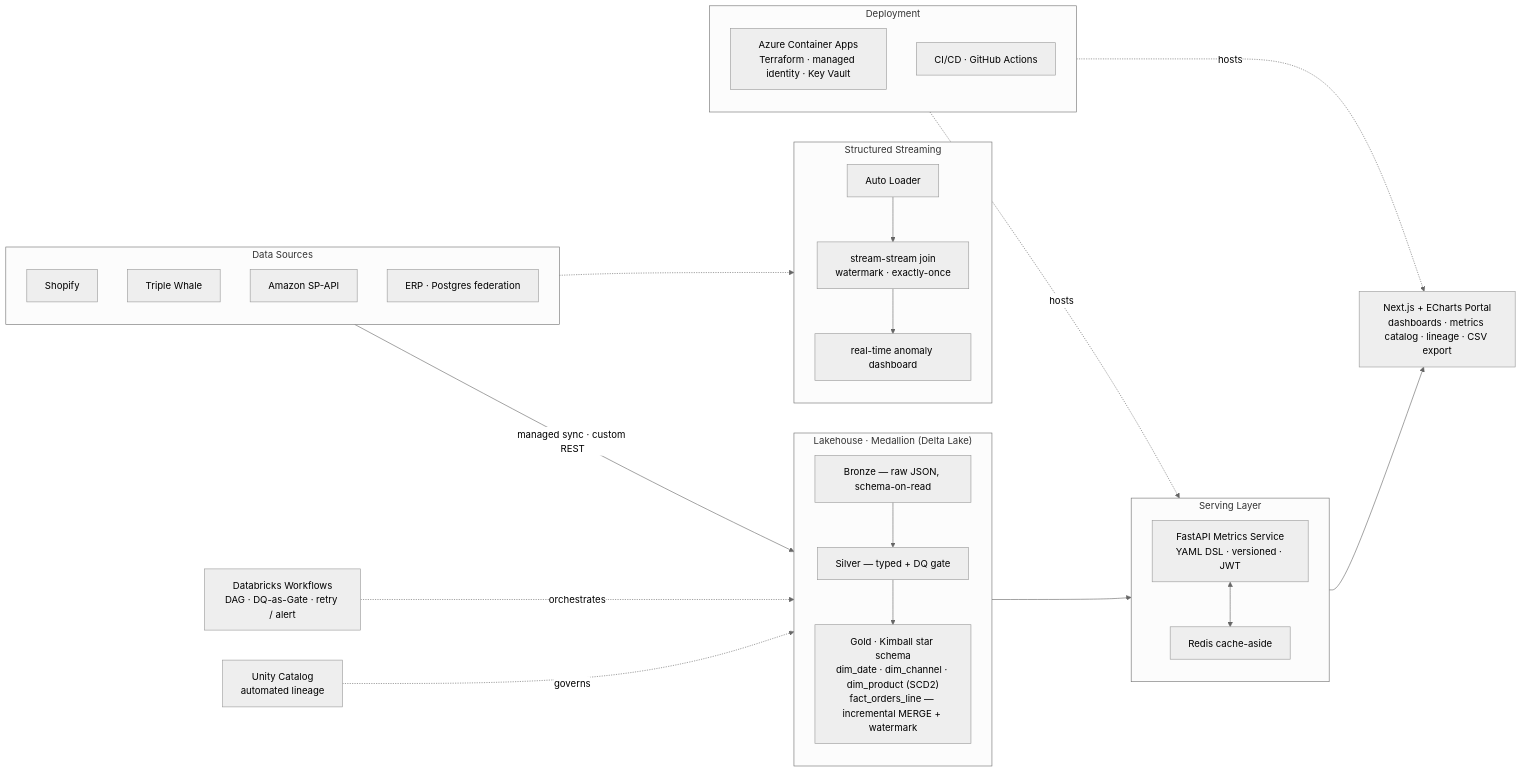
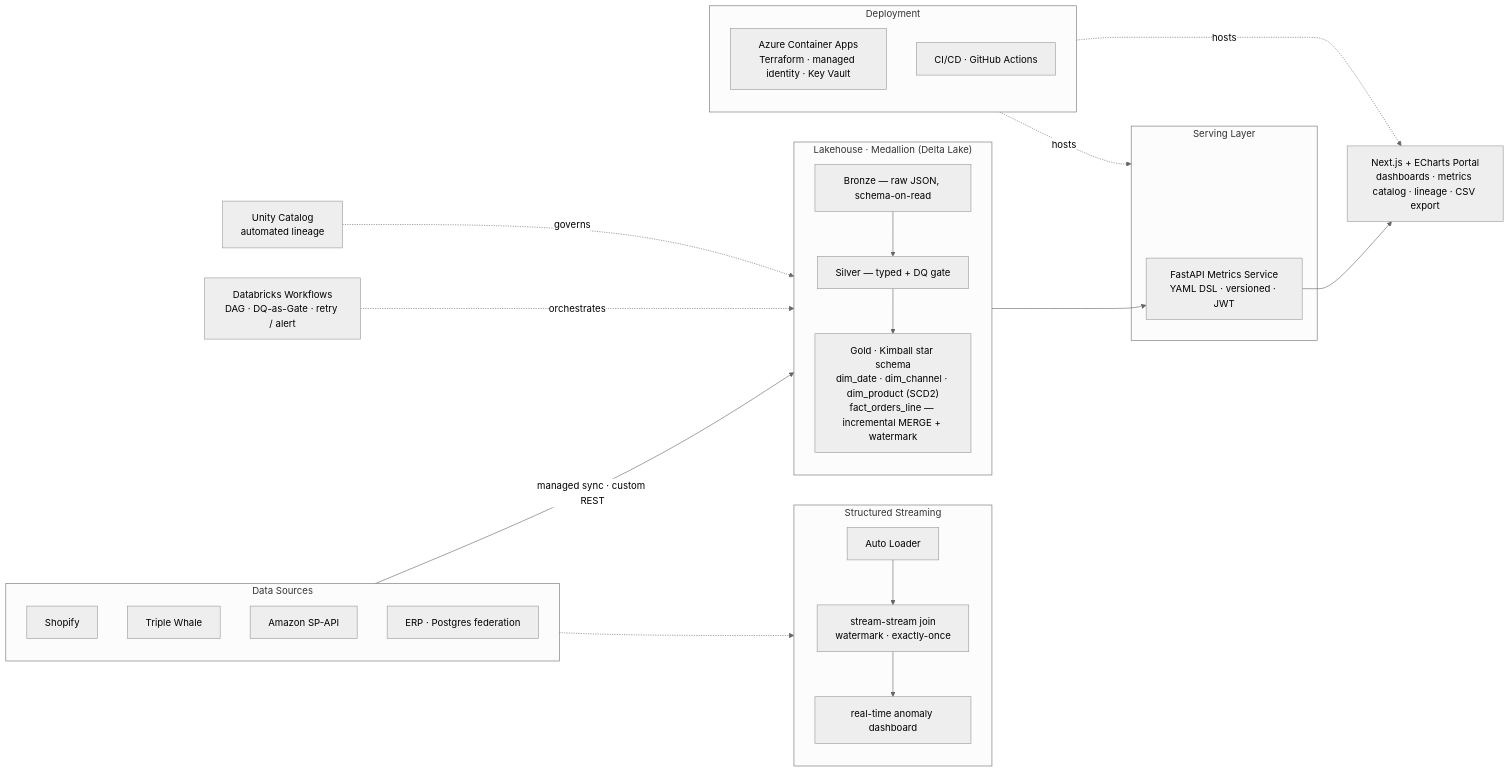
Before and after one commit to sichensong-99/analytics-platform: the diagram in README.md, drawn with Mermaid (neutral theme). The commit also changed other lines of this file, not shown here.

Commit message:
README: align scale and reconciliation figures, drop non-production cache

````diff
--- a/README.md
+++ b/README.md
@@ -55,37 +55,34 @@
 ```mermaid
 flowchart LR
     subgraph SRC["Data Sources"]
         SH["Shopify"]
         TW["Triple Whale"]
         AMZ["Amazon SP-API"]
         ERP["ERP · Postgres federation"]
     end
     subgraph LAKE["Lakehouse · Medallion (Delta Lake)"]
         direction TB
         BRONZE["Bronze — raw JSON, schema-on-read"]
         SILVER["Silver — typed + DQ gate"]
         GOLD["Gold · Kimball star schema<br/>dim_date · dim_channel · dim_product (SCD2)<br/>fact_orders_line — incremental MERGE + watermark"]
         BRONZE --> SILVER --> GOLD
     end
     subgraph SERVE["Serving Layer"]
-        direction TB
         API["FastAPI Metrics Service<br/>YAML DSL · versioned · JWT"]
-        REDIS["Redis cache-aside"]
-        API <--> REDIS
     end
     PORTAL["Next.js + ECharts Portal<br/>dashboards · metrics catalog · lineage · CSV export"]
     SRC -->|managed sync · custom REST| LAKE
     GOLD --> API --> PORTAL
     subgraph STREAM["Structured Streaming"]
         AL["Auto Loader"] --> SS["stream-stream join<br/>watermark · exactly-once"] --> ANOM["real-time anomaly dashboard"]
     end
     SRC -.-> STREAM
     ORCH["Databricks Workflows<br/>DAG · DQ-as-Gate · retry / alert"] -. orchestrates .-> LAKE
     UC["Unity Catalog<br/>automated lineage"] -. governs .-> LAKE
     subgraph DEPLOY["Deployment"]
         ACA["Azure Container Apps<br/>Terraform · managed identity · Key Vault"]
         CICD["CI/CD · GitHub Actions"]
     end
     DEPLOY -. hosts .-> SERVE
     DEPLOY -. hosts .-> PORTAL
 ```
````
